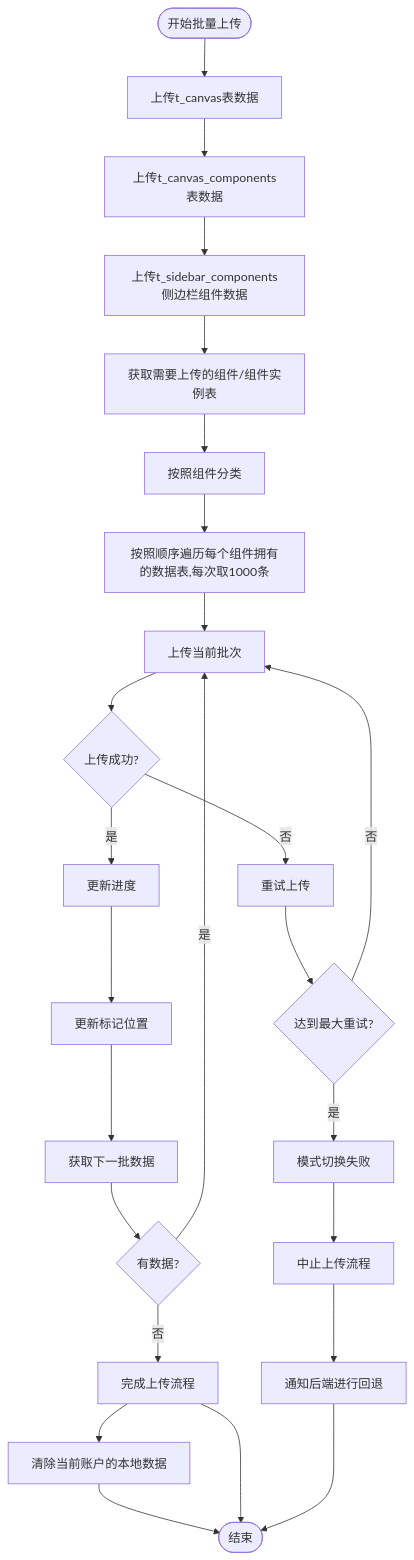
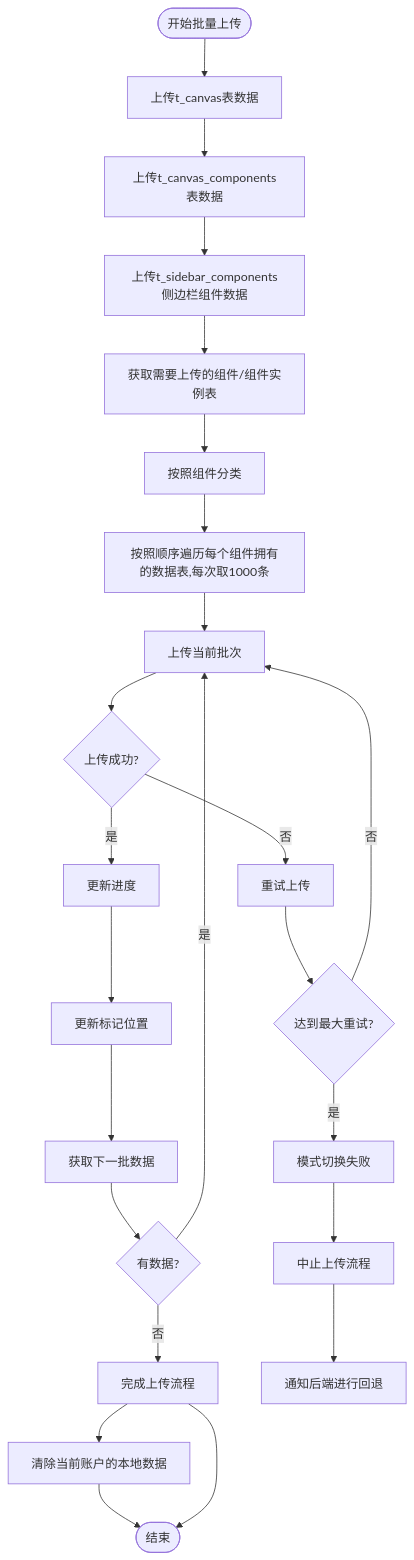
Before and after one commit to yingjianzh/iodraw-files: the diagram in all/未命名-51.md, drawn with Mermaid.

Commit message:
2025-05-08 17:41:35 update

````diff
--- a/all/未命名-51.md
+++ b/all/未命名-51.md
@@ -1,34 +1,33 @@
 ```mermaid
 flowchart TD
     Start([开始批量上传]) --> UploadSpaceData[上传t_canvas表数据]
     UploadSpaceData --> UploadComponentListData[上传t_canvas_components表数据]
     UploadComponentListData --> UploadSiderComponent[上传t_sidebar_components侧边栏组件数据]
     UploadSiderComponent --> FetchData[获取需要上传的组件/组件实例表]
     FetchData --> ClassifyData[按照组件分类]
     ClassifyData --> UploadData[按照顺序遍历每个组件拥有的数据表,每次取1000条]
     UploadData --> UploadBatch[上传当前批次]
     
     UpdateProgress --> UpdateMarker[更新标记位置]
     UpdateMarker --> FetchNextBatch[获取下一批数据]
     
     FetchNextBatch --> CheckResults{有数据?}
     CheckResults -->|否| CompleteUpload[完成上传流程]
     CheckResults -->|是| UploadBatch
 
     
     UploadBatch --> UploadSuccess{上传成功?}
     UploadSuccess -->|是| UpdateProgress[更新进度]
     UploadSuccess -->|否| RetryUpload[重试上传]
     
     RetryUpload --> MaxRetries{达到最大重试?}
     MaxRetries -->|否| UploadBatch
     MaxRetries -->|是| ErrorHandling[模式切换失败]
     
     ErrorHandling --> AbortProcess[中止上传流程]
     AbortProcess --> ReportError[通知后端进行回退]
     
     CompleteUpload --> DeleteLocalData[清除当前账户的本地数据]
     DeleteLocalData --> End
     CompleteUpload --> End([结束])
-    ReportError --> End
 ```
````
